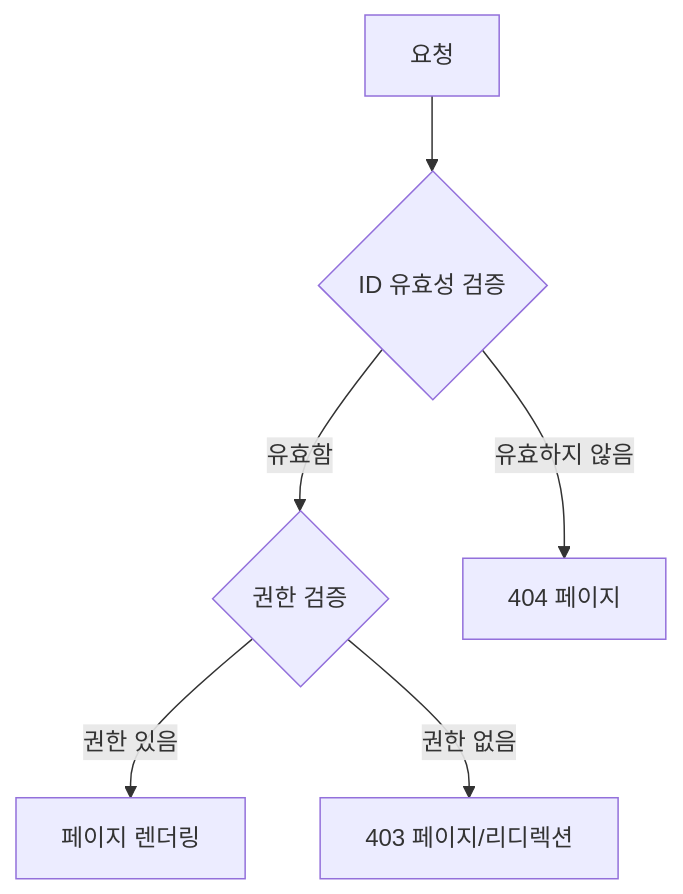
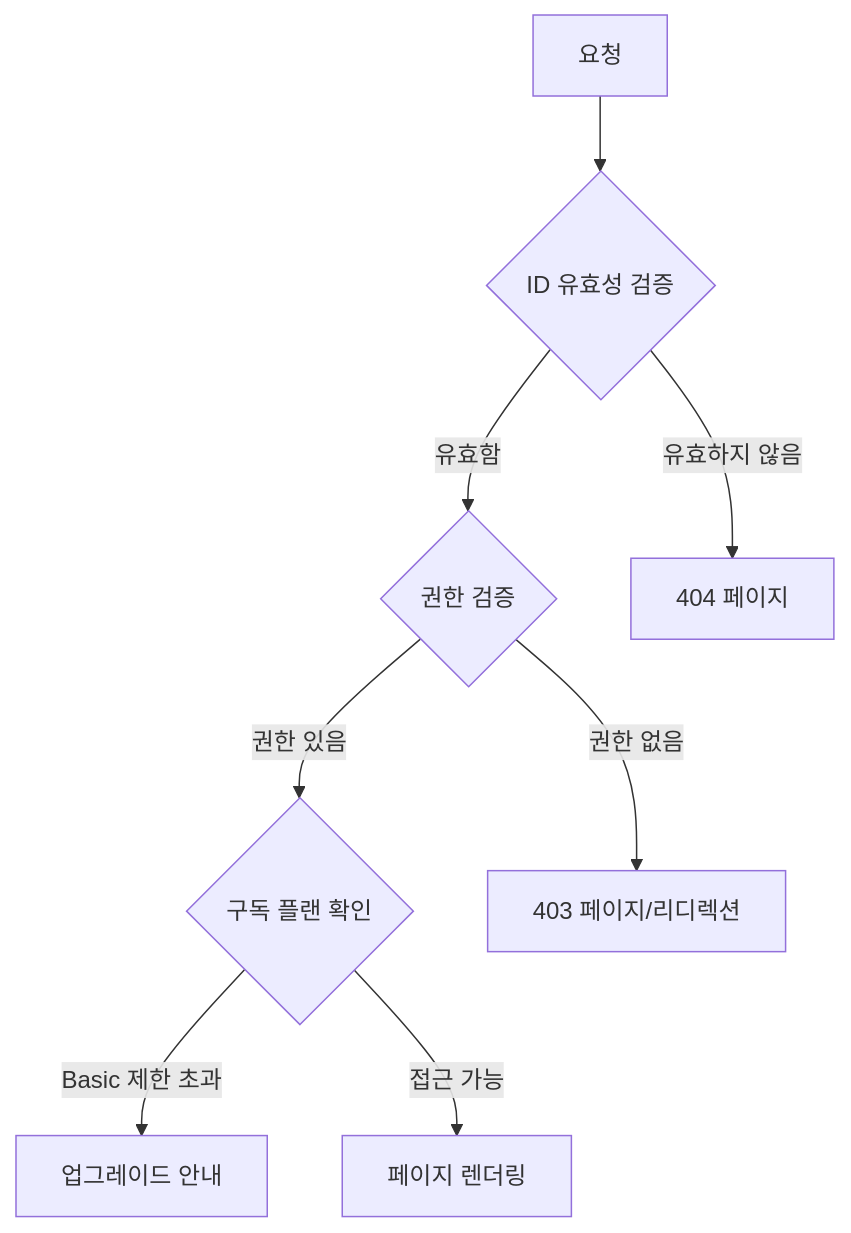
Before and after one commit to Seungwoo321/etorch-docs: the fourth of 5 diagrams in frontend/routing.md, drawn with Mermaid. The commit also changed other lines of this file, not shown here.

````diff
--- a/frontend/routing.md
+++ b/frontend/routing.md
@@ -260,8 +299,10 @@
 ```mermaid
 flowchart TD
     A[요청] --> B{ID 유효성 검증}
     B -->|유효함| C{권한 검증}
     B -->|유효하지 않음| D[404 페이지]
-    C -->|권한 있음| E[페이지 렌더링]
+    C -->|권한 있음| E{구독 플랜 확인}
     C -->|권한 없음| F[403 페이지/리디렉션]
+    E -->|Basic 제한 초과| G[업그레이드 안내]
+    E -->|접근 가능| H[페이지 렌더링]
 ```
````
